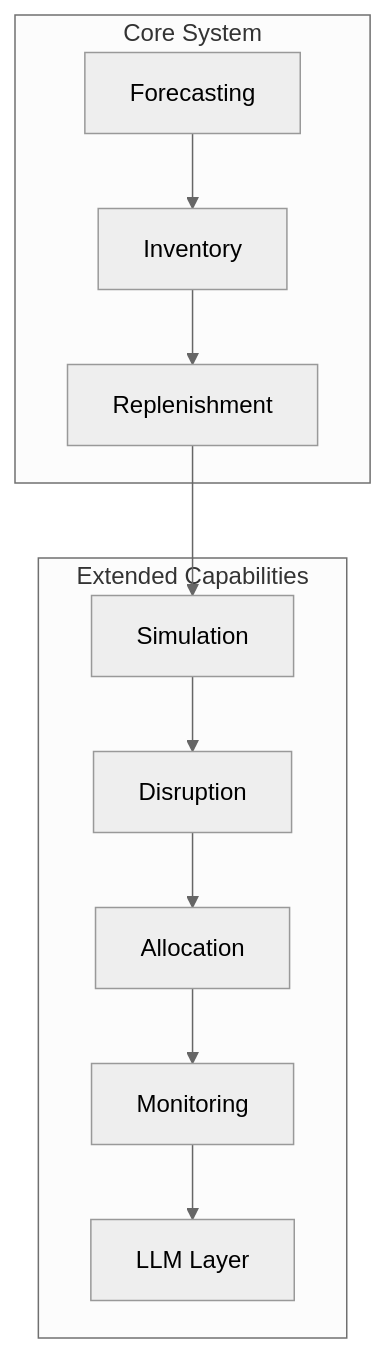
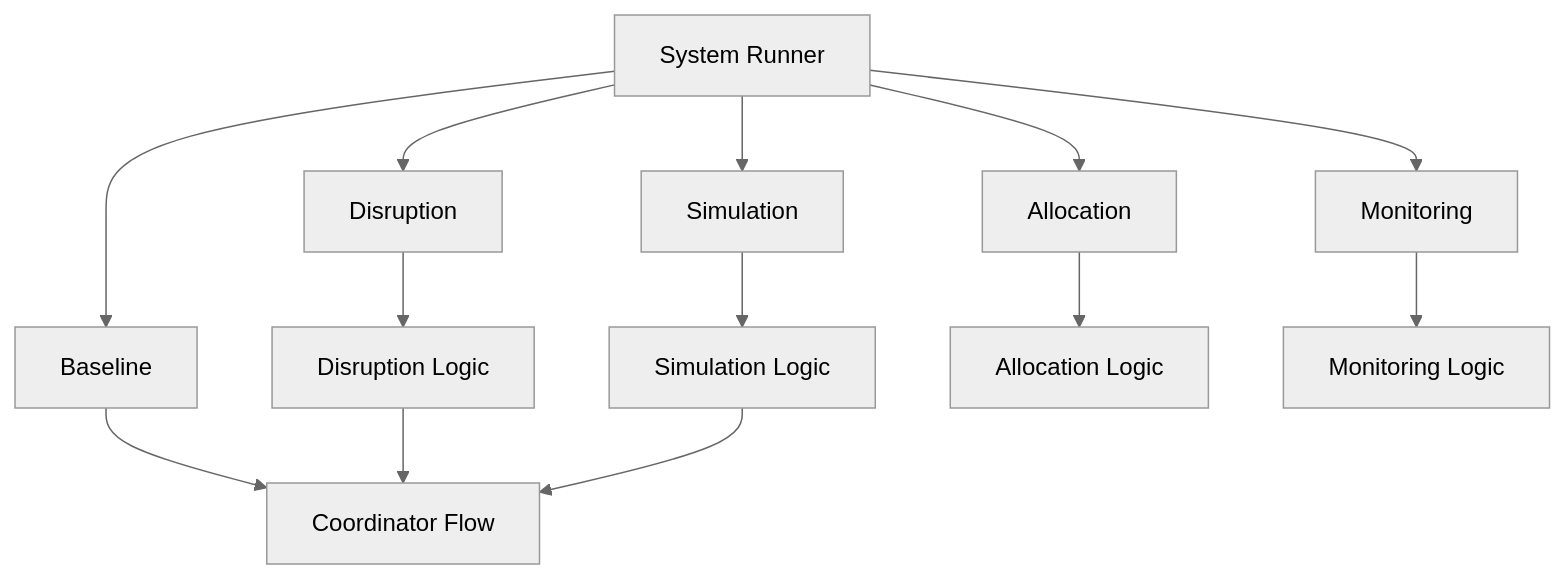
Before and after one commit to Vafamehr/deterministic-llm-system: the third of 4 diagrams in projects/supply_chain_ai_lab/docs/architecture/02_system_architecture.md, drawn with Mermaid (neutral theme). The commit also changed other lines of this file and 10 other files, not shown here.

````diff
--- a/projects/supply_chain_ai_lab/docs/architecture/02_system_architecture.md
+++ b/projects/supply_chain_ai_lab/docs/architecture/02_system_architecture.md
@@ -210,20 +57,24 @@
 ```mermaid
 flowchart TB
+    A[System Runner]
 
-    subgraph CORE[Core System]
-        A[Forecasting]
-        B[Inventory]
-        C[Replenishment]
-    end
+    B[Baseline]
+    C[Disruption]
+    D[Simulation]
+    E[Allocation]
+    F[Monitoring]
 
-    subgraph EXT[Extended Capabilities]
-        D[Simulation]
-        E[Disruption]
-        F[Allocation]
-        G[Monitoring]
-        H[LLM Layer]
-    end
+    G[Coordinator Flow]
 
-    A --> B --> C
-    C --> D --> E --> F --> G --> H
+    H[Disruption Logic]
+    I[Simulation Logic]
+    J[Allocation Logic]
+    K[Monitoring Logic]
+
+    A --> B --> G
+    A --> C --> H --> G
+    A --> D --> I --> G
+
+    A --> E --> J
+    A --> F --> K
 ```
````
